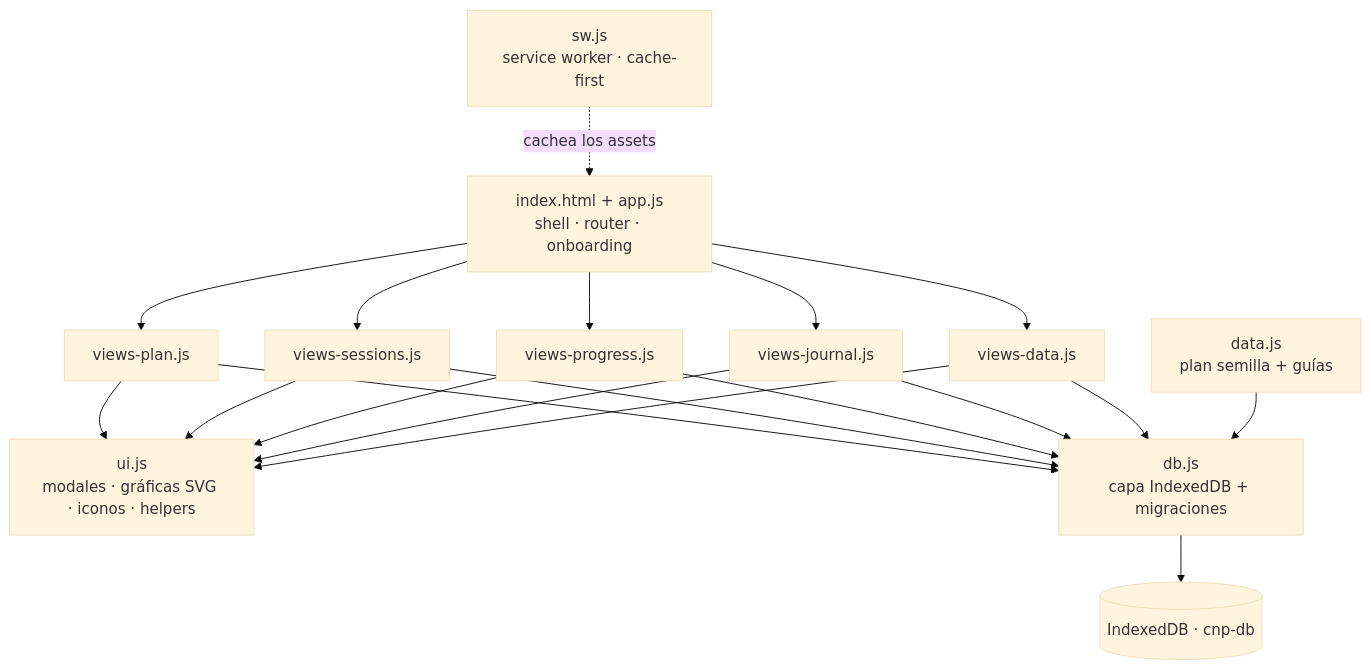
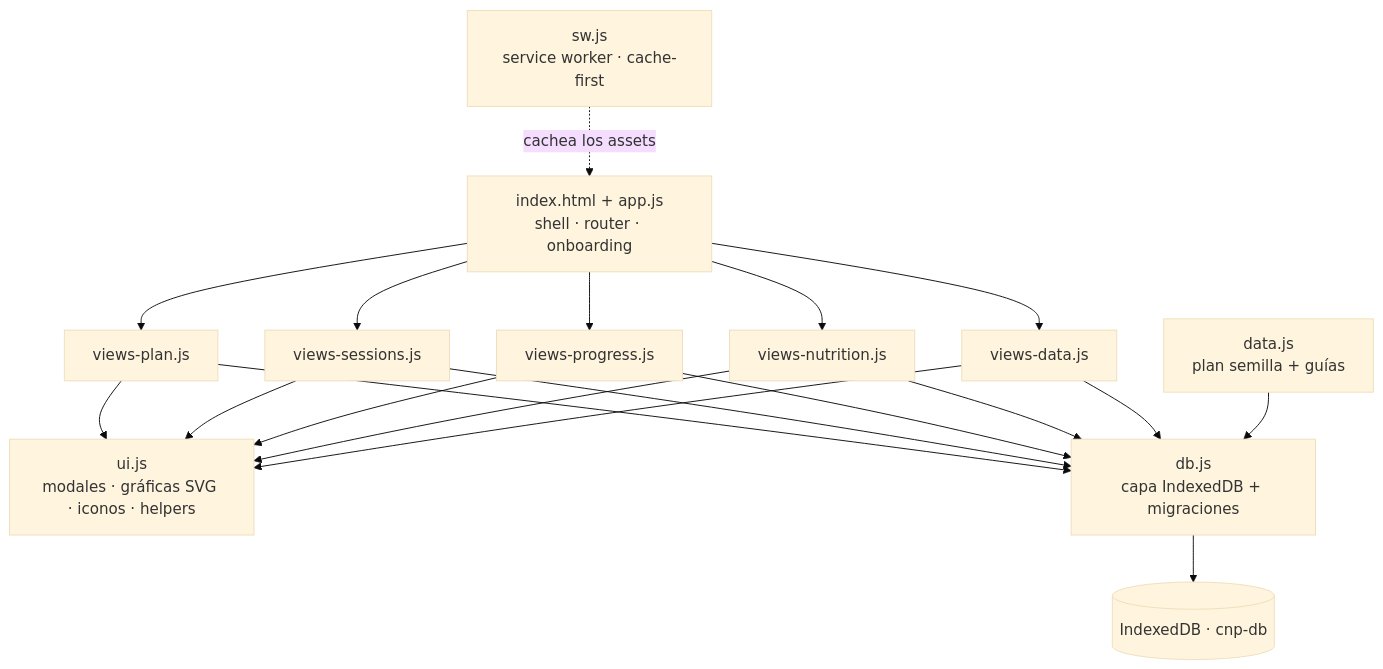
The diagram in README.md (RaulMarquez24/Traindia), drawn with Mermaid (base theme) before and after one commit. The commit also changed other lines of this file, not shown here.

````diff
--- a/README.md
+++ b/README.md
@@ -82,21 +92,21 @@
 ```mermaid
 flowchart TD
     SHELL["index.html + app.js<br/>shell · router · onboarding"]
     UIH["ui.js<br/>modales · gráficas SVG · iconos · helpers"]
     SEED["data.js<br/>plan semilla + guías"]
     DB["db.js<br/>capa IndexedDB + migraciones"]
     IDB[("IndexedDB · cnp-db")]
     SW["sw.js<br/>service worker · cache-first"]
 
     SHELL --> V_PLAN["views-plan.js"]
     SHELL --> V_SES["views-sessions.js"]
     SHELL --> V_PROG["views-progress.js"]
-    SHELL --> V_JOUR["views-journal.js"]
+    SHELL --> V_NUT["views-nutrition.js"]
     SHELL --> V_DATA["views-data.js"]
 
-    V_PLAN & V_SES & V_PROG & V_JOUR & V_DATA --> UIH
-    V_PLAN & V_SES & V_PROG & V_JOUR & V_DATA --> DB
+    V_PLAN & V_SES & V_PROG & V_NUT & V_DATA --> UIH
+    V_PLAN & V_SES & V_PROG & V_NUT & V_DATA --> DB
     DB --> IDB
     SEED --> DB
     SW -. cachea los assets .-> SHELL
 ```
````
